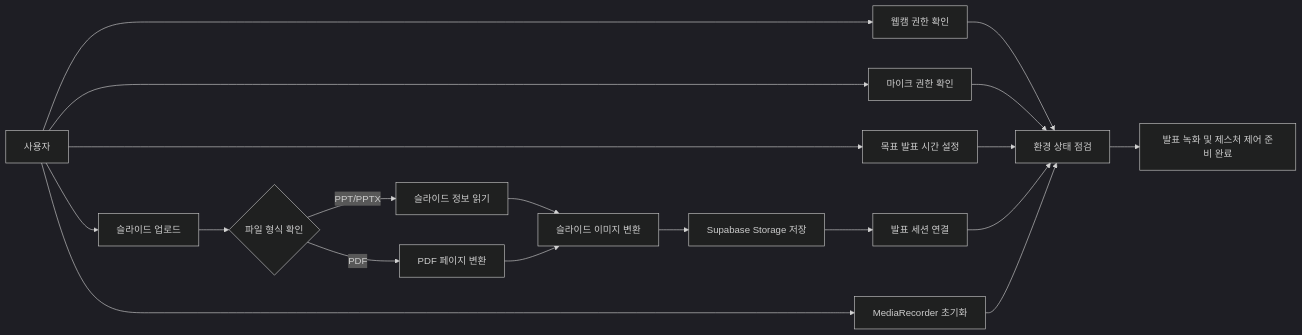
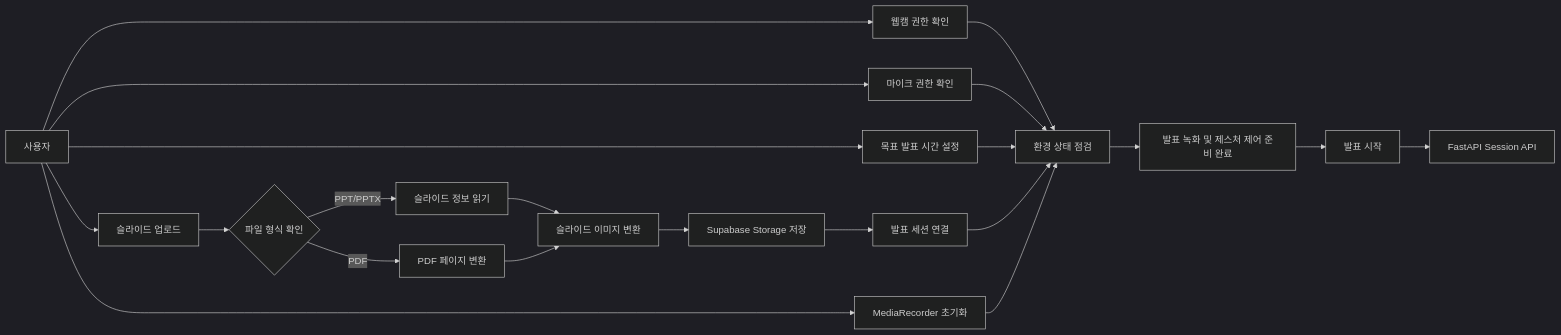
One commit to aikian/presentation changed the diagram in DSD.md. Above: the diagram before and after it, drawn with Mermaid (dark theme). The commit also changed other lines of this file, not shown here.

````diff
--- a/DSD.md
+++ b/DSD.md
@@ -197,29 +197,32 @@
 ```mermaid
 flowchart LR
     User["사용자"] --> Upload["슬라이드 업로드"]
 
     Upload --> Branch{"파일 형식 확인"}
 
     Branch -->|"PPT/PPTX"| PPT["슬라이드 정보 읽기"]
     Branch -->|"PDF"| PDF["PDF 페이지 변환"]
 
     PPT --> Convert["슬라이드 이미지 변환"]
     PDF --> Convert
 
     Convert --> Storage["Supabase Storage 저장"]
     Storage --> Session["발표 세션 연결"]
 
     User --> Webcam["웹캠 권한 확인"]
     User --> Mic["마이크 권한 확인"]
     User --> Time["목표 발표 시간 설정"]
 
     User --> Recorder["MediaRecorder 초기화"]
 
     Webcam --> Check["환경 상태 점검"]
     Mic --> Check
     Time --> Check
     Session --> Check
     Recorder --> Check
 
     Check --> Ready["발표 녹화 및 제스처 제어 준비 완료"]
+
+    Ready --> Start["발표 시작"]
+    Start --> Api["FastAPI Session API"]
 ```
````
